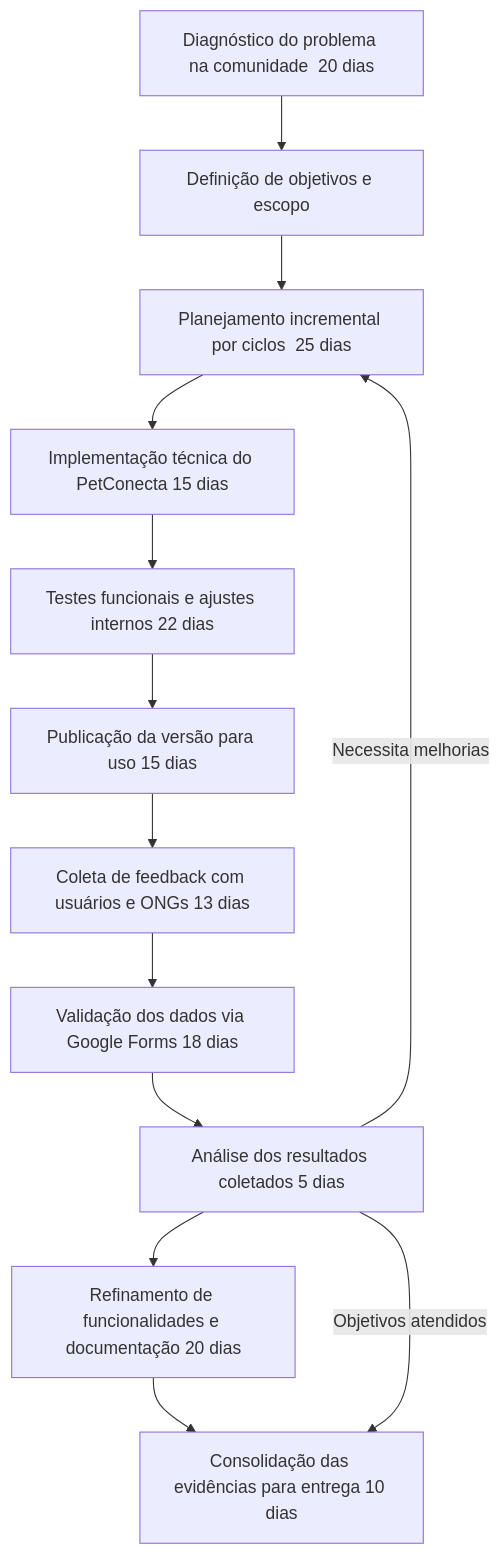
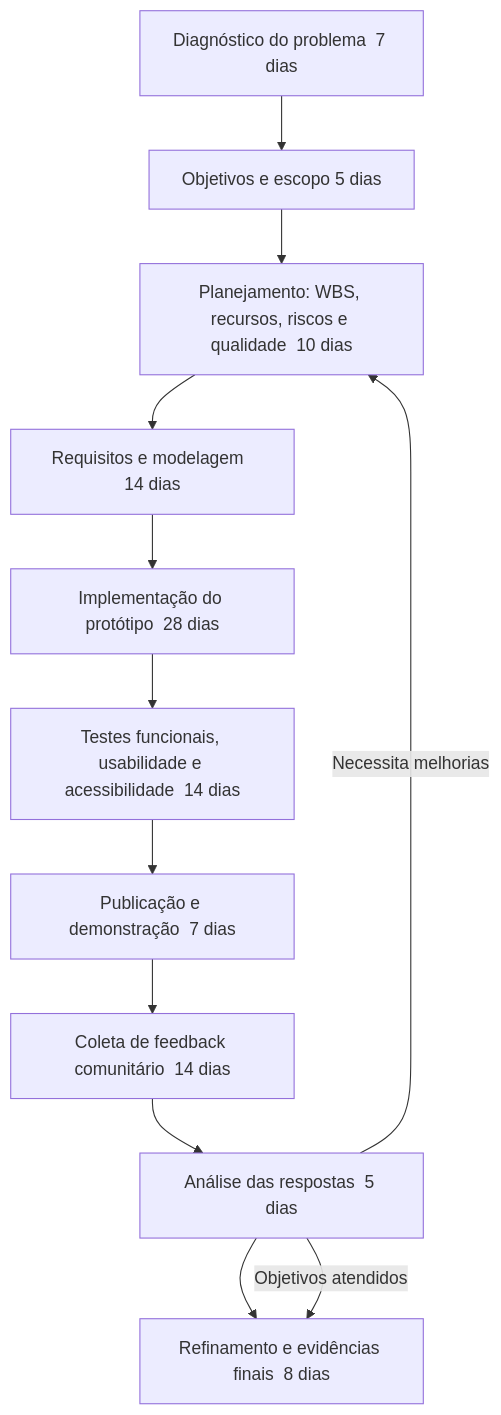
The diagram in docs/diagrama-metodologia-extensionista.md (Reminsonrps/PetConecta), drawn with Mermaid before and after one commit. The commit also changed other lines of this file and 16 other files, not shown here.

````diff
--- a/docs/diagrama-metodologia-extensionista.md
+++ b/docs/diagrama-metodologia-extensionista.md
@@ -3,16 +3,15 @@
 ```mermaid
 flowchart TD
-    A[Diagnóstico do problema na comunidade  20 dias] --> B[Definição de objetivos e escopo]
-    B --> C[Planejamento incremental por ciclos  25 dias]
-    C --> D[Implementação técnica do PetConecta 15 dias]
-    D --> E[Testes funcionais e ajustes internos 22 dias]
-    E --> F[Publicação da versão para uso 15 dias]
-    F --> G[Coleta de feedback com usuários e ONGs 13 dias]
-    G --> H[Validação dos dados via Google Forms 18 dias]
-    H --> I[Análise dos resultados coletados 5 dias]
-    I --> J[Refinamento de funcionalidades e documentação 20 dias]
-    J --> K[Consolidação das evidências para entrega 10 dias]
+    A[Diagnóstico do problema  7 dias] --> B[Objetivos e escopo  5 dias]
+    B --> C[Planejamento: WBS, recursos, riscos e qualidade  10 dias]
+    C --> D[Requisitos e modelagem  14 dias]
+    D --> E[Implementação do protótipo  28 dias]
+    E --> F[Testes funcionais, usabilidade e acessibilidade  14 dias]
+    F --> G[Publicação e demonstração  7 dias]
+    G --> H[Coleta de feedback comunitário  14 dias]
+    H --> I[Análise das respostas  5 dias]
+    I --> J[Refinamento e evidências finais  8 dias]
 
     I -- Necessita melhorias --> C
-    I -- Objetivos atendidos --> K
+    I -- Objetivos atendidos --> J
 ```
````
